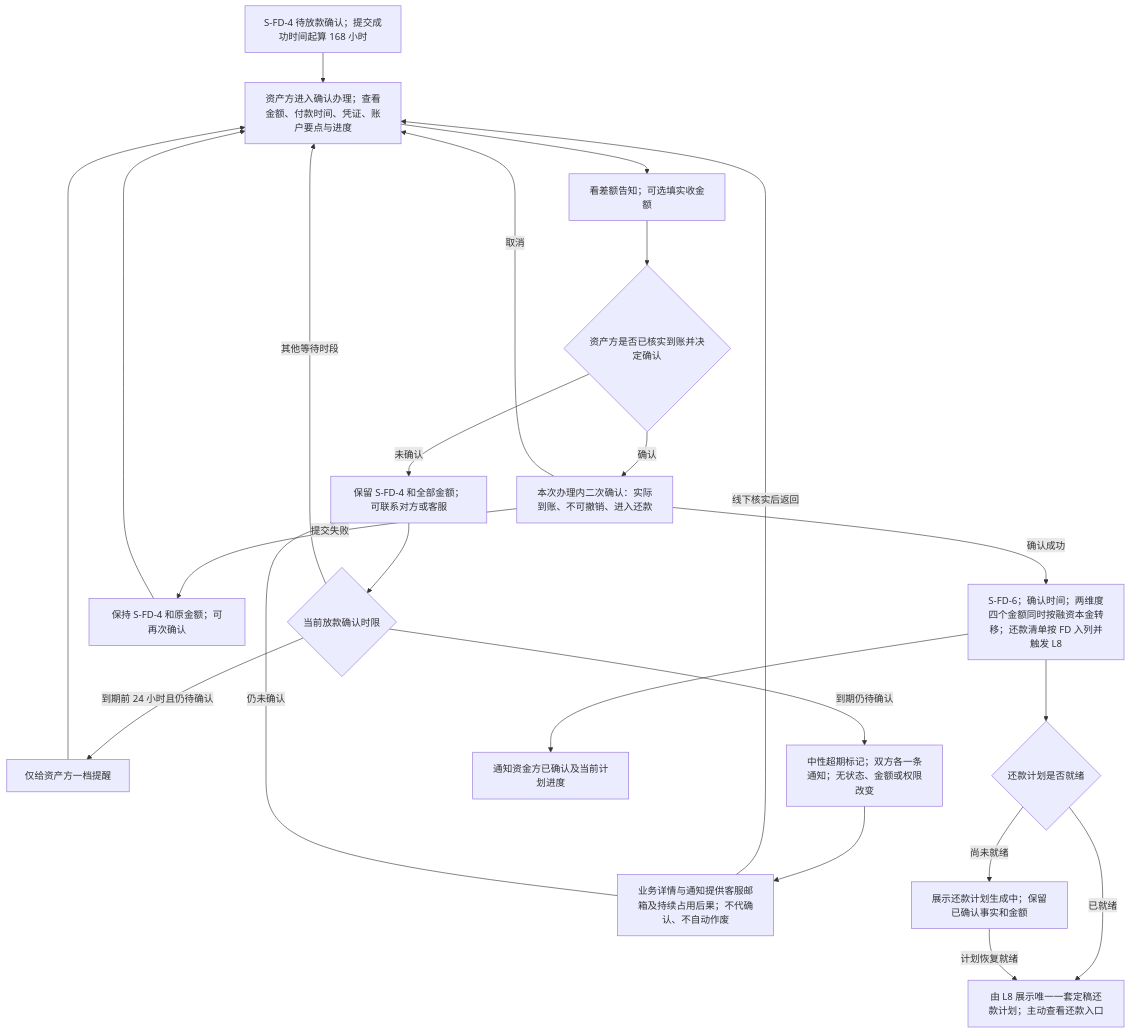
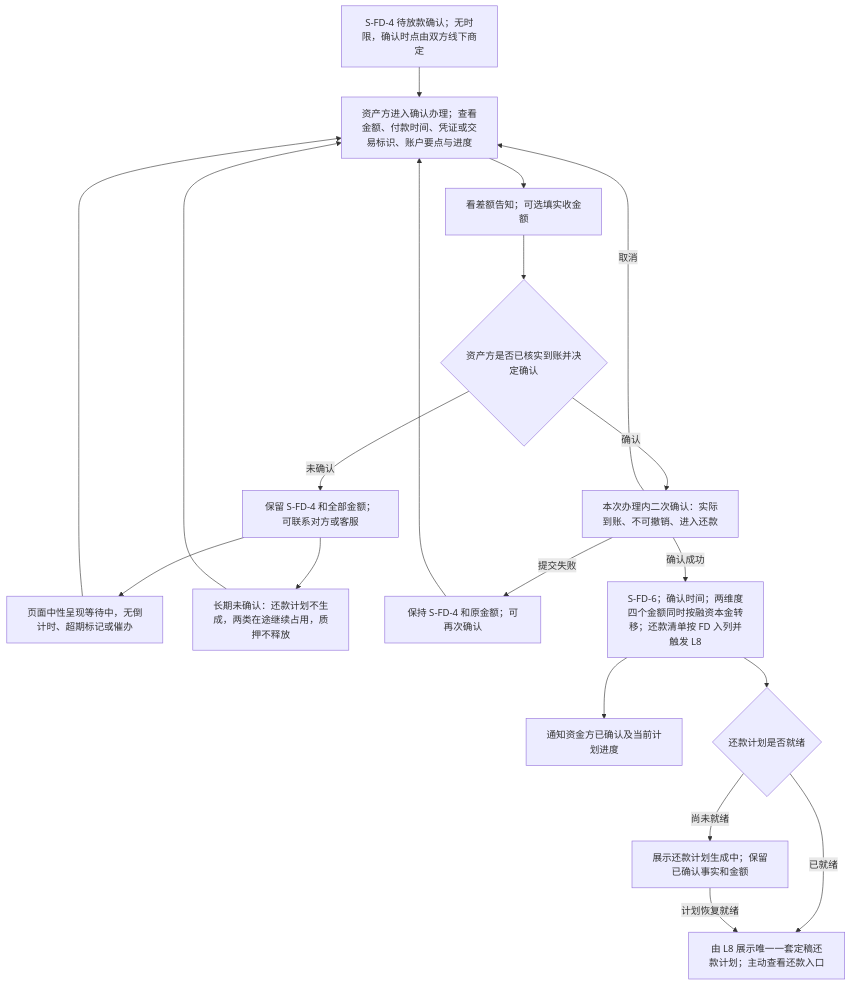
One commit to wxblockchain/Chain-Financing changed the third of 4 diagrams in lending-platform/PRD/v1.0-借贷广场-放款与放款确认/02-放款与放款确认-流程图与状态机.md. Above: the diagram before and after it, drawn with Mermaid. The commit also changed other lines of this file and 5 other files, not shown here.

````diff
--- a/lending-platform/PRD/v1.0-借贷广场-放款与放款确认/02-放款与放款确认-流程图与状态机.md
+++ b/lending-platform/PRD/v1.0-借贷广场-放款与放款确认/02-放款与放款确认-流程图与状态机.md
@@ -108,25 +79,21 @@
 ```mermaid
 flowchart TD
-  A[S-FD-4 待放款确认；提交成功时间起算 168 小时] --> B[资产方进入确认办理；查看金额、付款时间、凭证、账户要点与进度]
+  A[S-FD-4 待放款确认；无时限，确认时点由双方线下商定] --> B[资产方进入确认办理；查看金额、付款时间、凭证或交易标识、账户要点与进度]
   B --> C[看差额告知；可选填实收金额]
   C --> D{资产方是否已核实到账并决定确认}
   D -->|未确认| E[保留 S-FD-4 和全部金额；可联系对方或客服]
-  E --> F{当前放款确认时限}
-  F -->|到期前 24 小时且仍待确认| G[仅给资产方一档提醒]
-  F -->|到期仍待确认| H[中性超期标记；双方各一条通知；无状态、金额或权限改变]
-  F -->|其他等待时段| B
+  E --> F[页面中性呈现等待中，无倒计时、超期标记或催办]
+  F --> B
+  E --> G[长期未确认：还款计划不生成，两类在途继续占用，质押不释放]
   G --> B
-  H --> I[业务详情与通知提供客服邮箱及持续占用后果；不代确认、不自动作废]
-  I -->|线下核实后返回| B
-  I -->|仍未确认| E
   D -->|确认| J[本次办理内二次确认：实际到账、不可撤销、进入还款]
   J -->|取消| B
   J -->|提交失败| K[保持 S-FD-4 和原金额；可再次确认]
   K --> B
   J -->|确认成功| L[S-FD-6；确认时间；两维度四个金额同时按融资本金转移；还款清单按 FD 入列并触发 L8]
   L --> M[通知资金方已确认及当前计划进度]
   L --> N{还款计划是否就绪}
   N -->|已就绪| O[由 L8 展示唯一一套定稿还款计划；主动查看还款入口]
   N -->|尚未就绪| P[展示还款计划生成中；保留已确认事实和金额]
   P -->|计划恢复就绪| O
 ```
````
